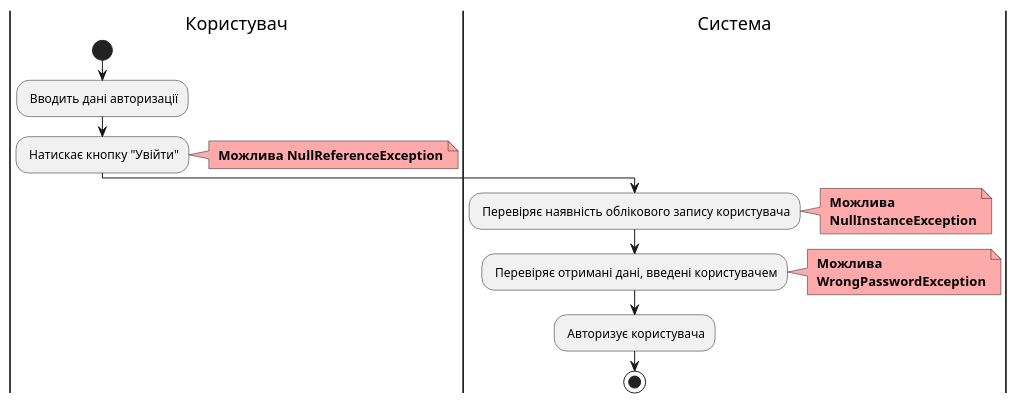
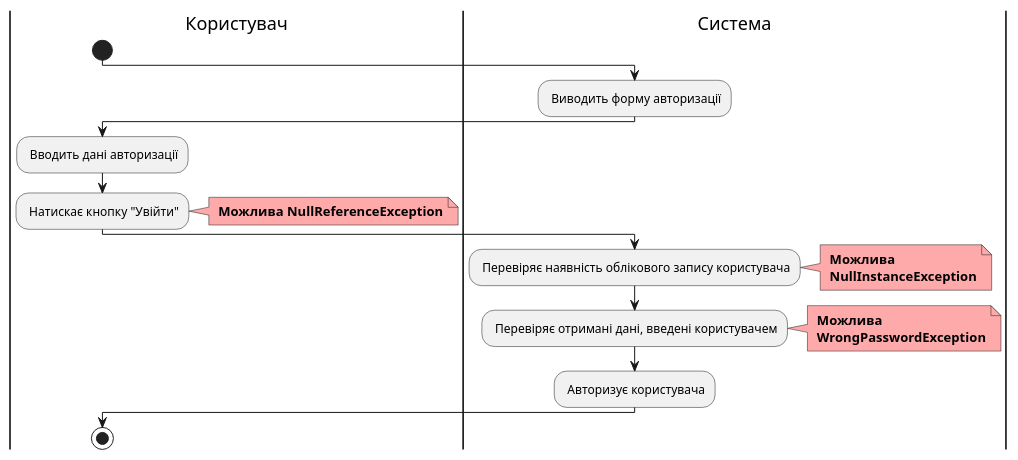
The sixth of 10 diagrams in docs/use cases/README.md (witchkaa/databases-course-work), drawn with PlantUML before and after one commit. The commit also changed other lines of this file, not shown here.

```diff
--- a/docs/use cases/README.md
+++ b/docs/use cases/README.md
@@ -241,26 +251,33 @@
 @startuml
 
     |Користувач|
     start;
+
+     |Система|
+        : Виводить форму авторизації;
+
+    |Користувач|
     : Вводить дані авторизації;
     : Натискає кнопку "Увійти";
     note right #ffaaaa
     <b> Можлива NullReferenceException
     end note
     
     |Система|
     : Перевіряє наявність облікового запису користувача;
     note right #ffaaaa
     <b> Можлива
     <b> NullInstanceException
     end note
     
     : Перевіряє отримані дані, введені користувачем;
     note right #ffaaaa
     <b> Можлива
     <b> WrongPasswordException
     end note
     : Авторизує користувача;
-    stop;
+    
+    |Користувач|
+        stop;
 
 @enduml
```
